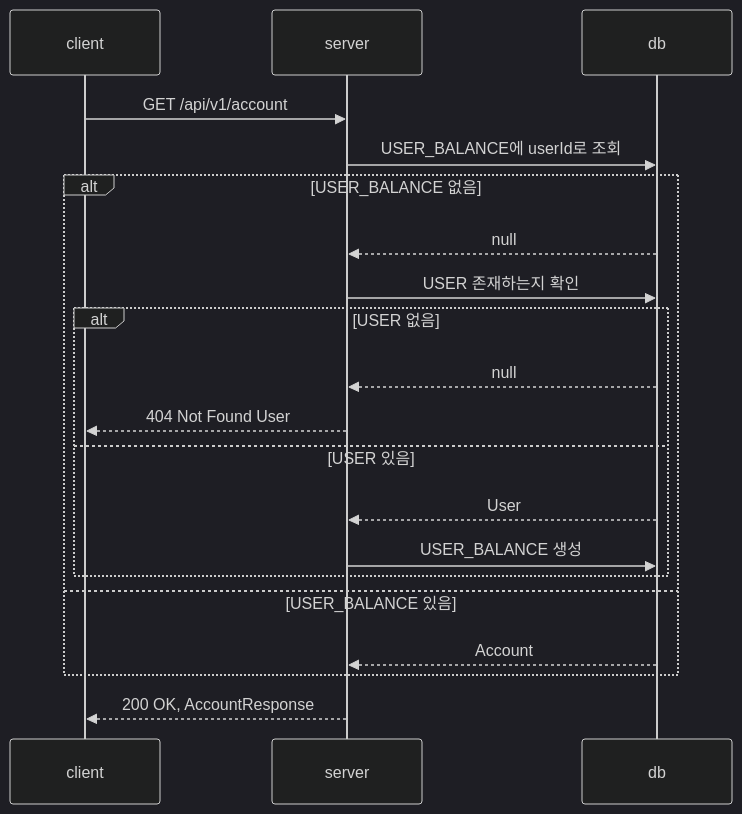
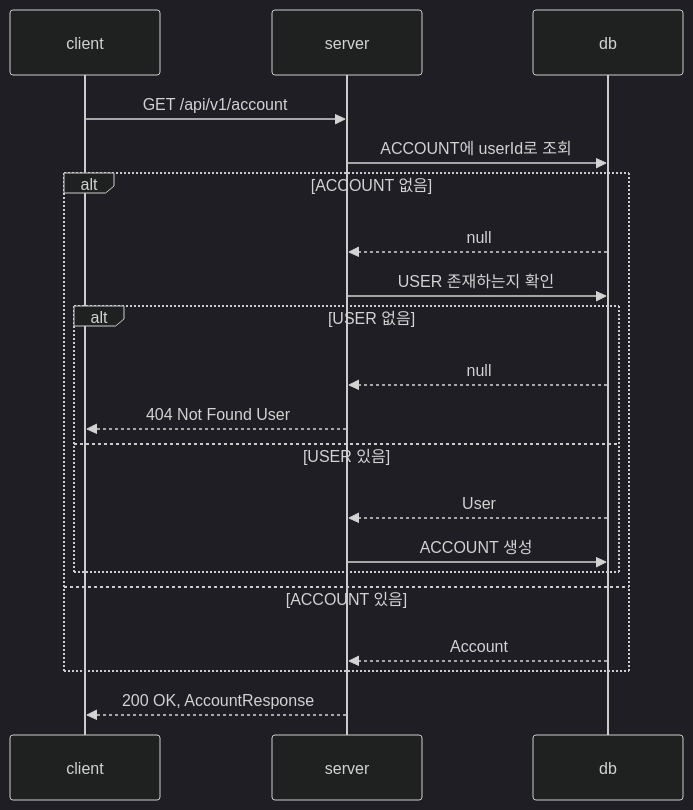
Before and after one commit to newbieJanghan/hh_plus_server: the first of 4 diagrams in docs/api/account.md, drawn with Mermaid (dark theme). The commit also changed other lines of this file and 5 other files, not shown here.

````diff
--- a/docs/api/account.md
+++ b/docs/api/account.md
@@ -39,24 +39,24 @@
 ```mermaid
 sequenceDiagram
     participant client
     participant server
     participant db
     client ->> server: GET /api/v1/account
-    server ->> db: USER_BALANCE에 userId로 조회
-    alt USER_BALANCE 없음
+    server ->> db: ACCOUNT에 userId로 조회
+    alt ACCOUNT 없음
         db -->> server: null
         server ->> db: USER 존재하는지 확인
         alt USER 없음
             db -->> server: null
             server -->> client: 404 Not Found User
         else USER 있음
             db -->> server: User
-            server ->> db: USER_BALANCE 생성
+            server ->> db: ACCOUNT 생성
         end
-    else USER_BALANCE 있음
+    else ACCOUNT 있음
         db -->> server: Account
     end
 
     server -->> client: 200 OK, AccountResponse
 
 ```
````
